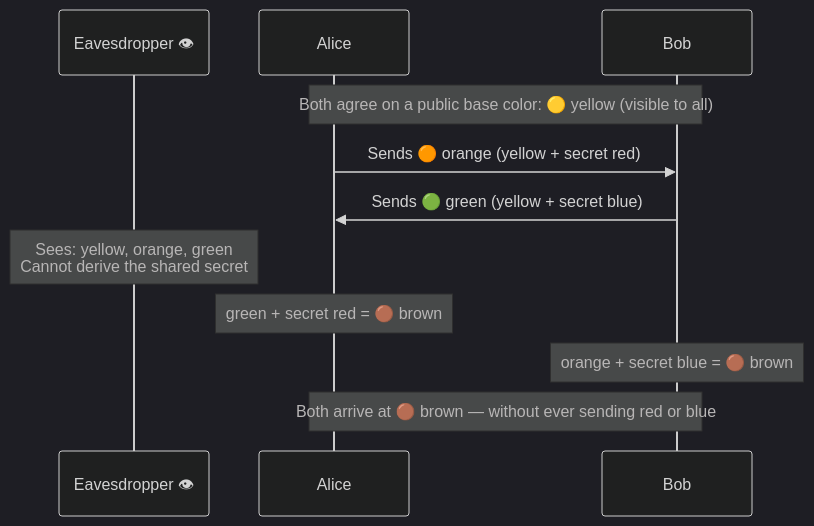
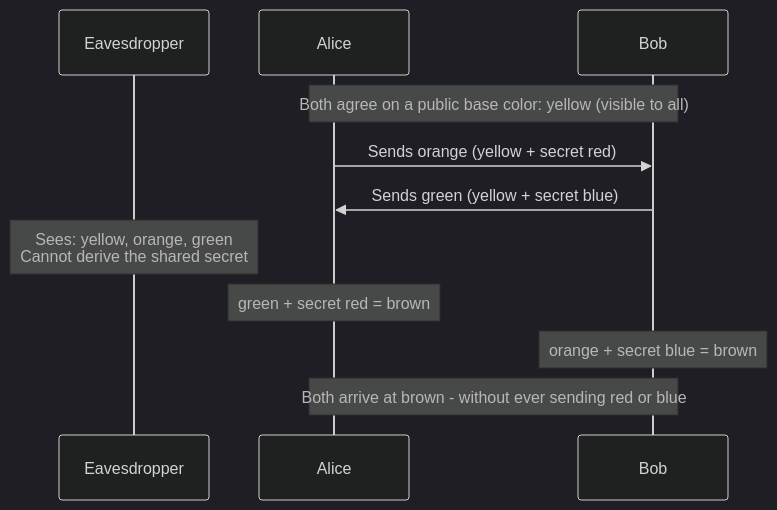
Before and after one commit to ypeavler/blog: the first of 6 diagrams in _posts/2026-03-05-cryptographic-basics-in-a-hurry.md, drawn with Mermaid. The commit also changed other lines of this file and 2 other files, not shown here.

```diff
--- a/_posts/2026-03-05-cryptographic-basics-in-a-hurry.md
+++ b/_posts/2026-03-05-cryptographic-basics-in-a-hurry.md
@@ -163,19 +163,19 @@
 <div class="mermaid">
 %%{init: {'theme': 'dark'}}%%
 sequenceDiagram
-    participant E as Eavesdropper 👁
+    participant E as Eavesdropper
     participant A as Alice
     participant B as Bob
 
-    Note over A,B: Both agree on a public base color: 🟡 yellow (visible to all)
+    Note over A,B: Both agree on a public base color: yellow (visible to all)
 
-    A->>B: Sends 🟠 orange (yellow + secret red)
-    B->>A: Sends 🟢 green (yellow + secret blue)
+    A->>B: Sends orange (yellow + secret red)
+    B->>A: Sends green (yellow + secret blue)
 
     Note over E: Sees: yellow, orange, green<br/>Cannot derive the shared secret
 
-    Note over A: green + secret red = 🟤 brown
-    Note over B: orange + secret blue = 🟤 brown
+    Note over A: green + secret red = brown
+    Note over B: orange + secret blue = brown
 
-    Note over A,B: Both arrive at 🟤 brown — without ever sending red or blue
+    Note over A,B: Both arrive at brown - without ever sending red or blue
 </div>
```
